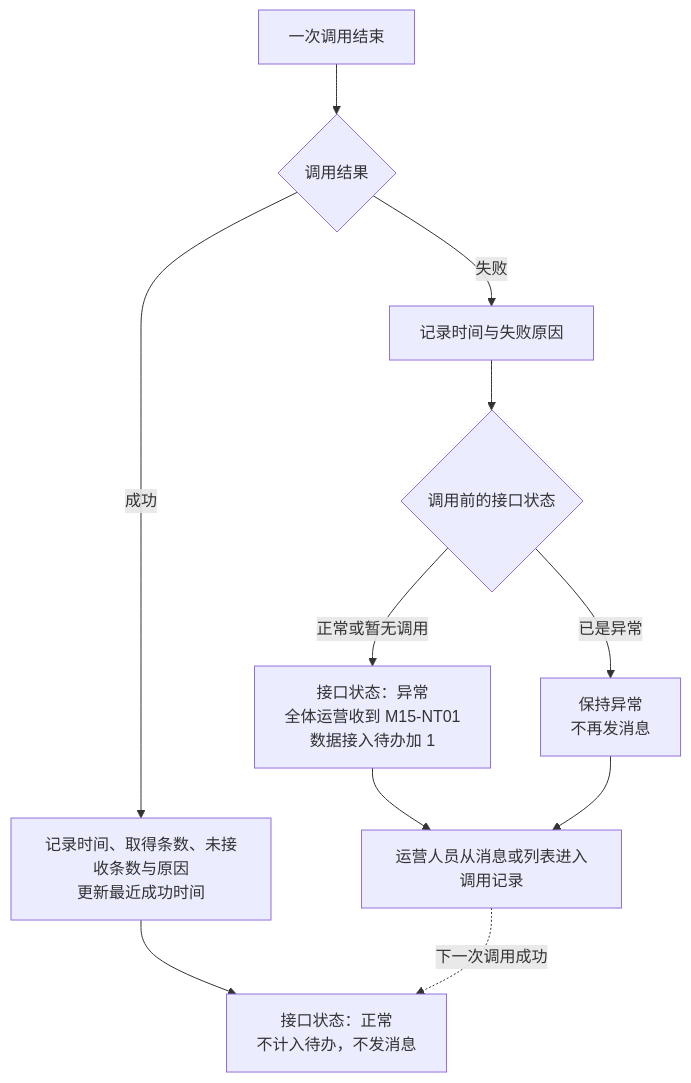
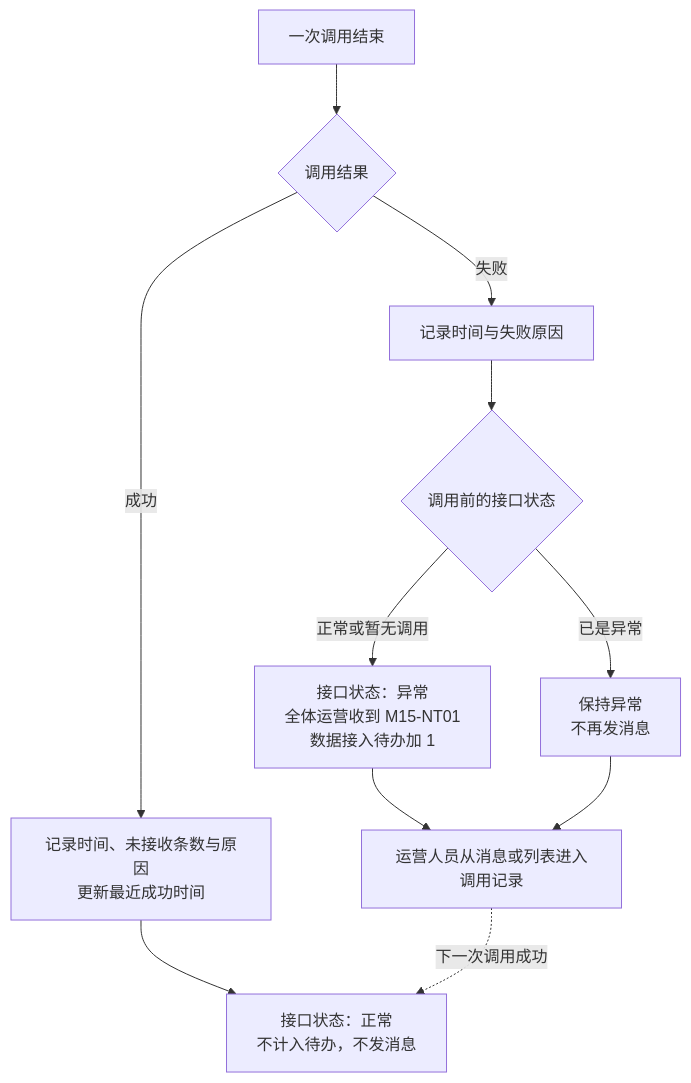
One commit to wxblockchain/Chain-Financing changed the first of 4 diagrams in asset-trust-platform/PRD/运营端/M15-数据监控/02-数据监控-流程图与状态机.md. Above: the diagram before and after it, drawn with Mermaid. The commit also changed other lines of this file and 3 other files, not shown here.

````diff
--- a/asset-trust-platform/PRD/运营端/M15-数据监控/02-数据监控-流程图与状态机.md
+++ b/asset-trust-platform/PRD/运营端/M15-数据监控/02-数据监控-流程图与状态机.md
@@ -17,13 +17,13 @@
 ```mermaid
 flowchart TD
     A[一次调用结束] --> B{调用结果}
-    B -->|成功| C[记录时间、取得条数、未接收条数与原因<br/>更新最近成功时间]
+    B -->|成功| C[记录时间、未接收条数与原因<br/>更新最近成功时间]
     C --> D[接口状态：正常<br/>不计入待办，不发消息]
     B -->|失败| E[记录时间与失败原因]
     E --> F{调用前的接口状态}
     F -->|正常或暂无调用| G[接口状态：异常<br/>全体运营收到 M15-NT01<br/>数据接入待办加 1]
     F -->|已是异常| H[保持异常<br/>不再发消息]
     G --> I[运营人员从消息或列表进入调用记录]
     H --> I
     I -.->|下一次调用成功| D
 ```
````
